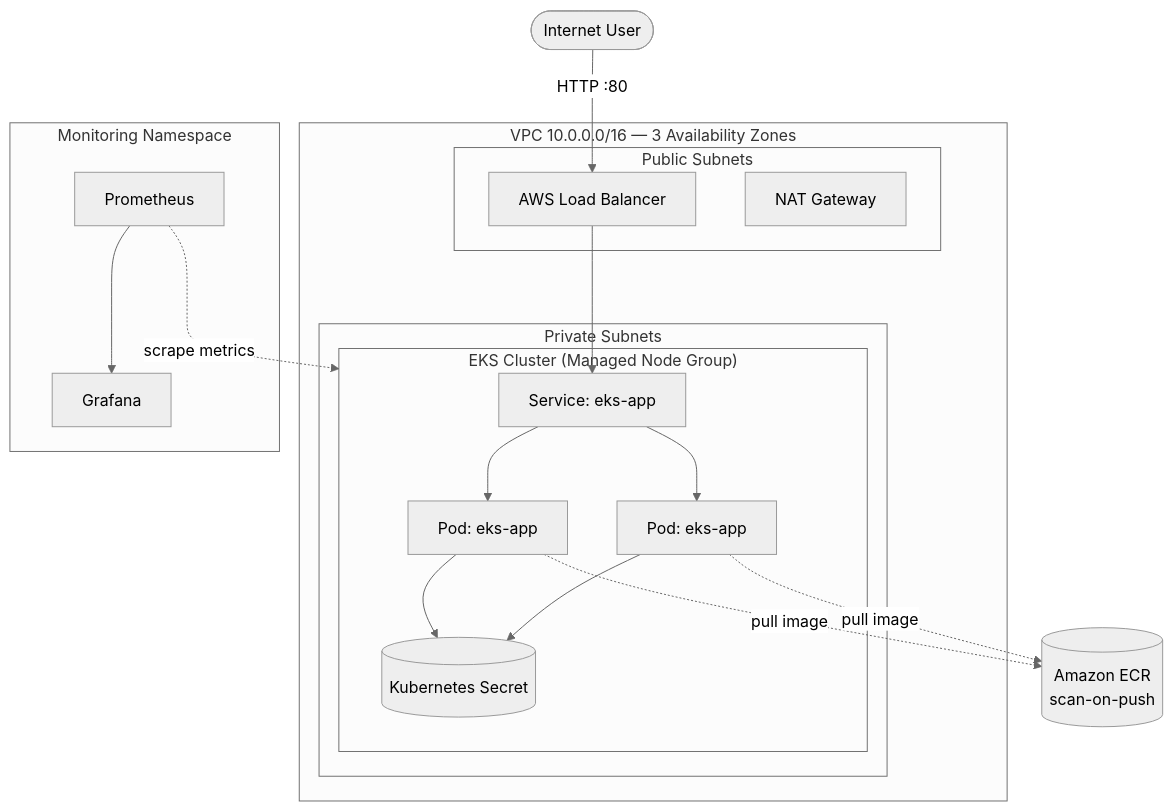
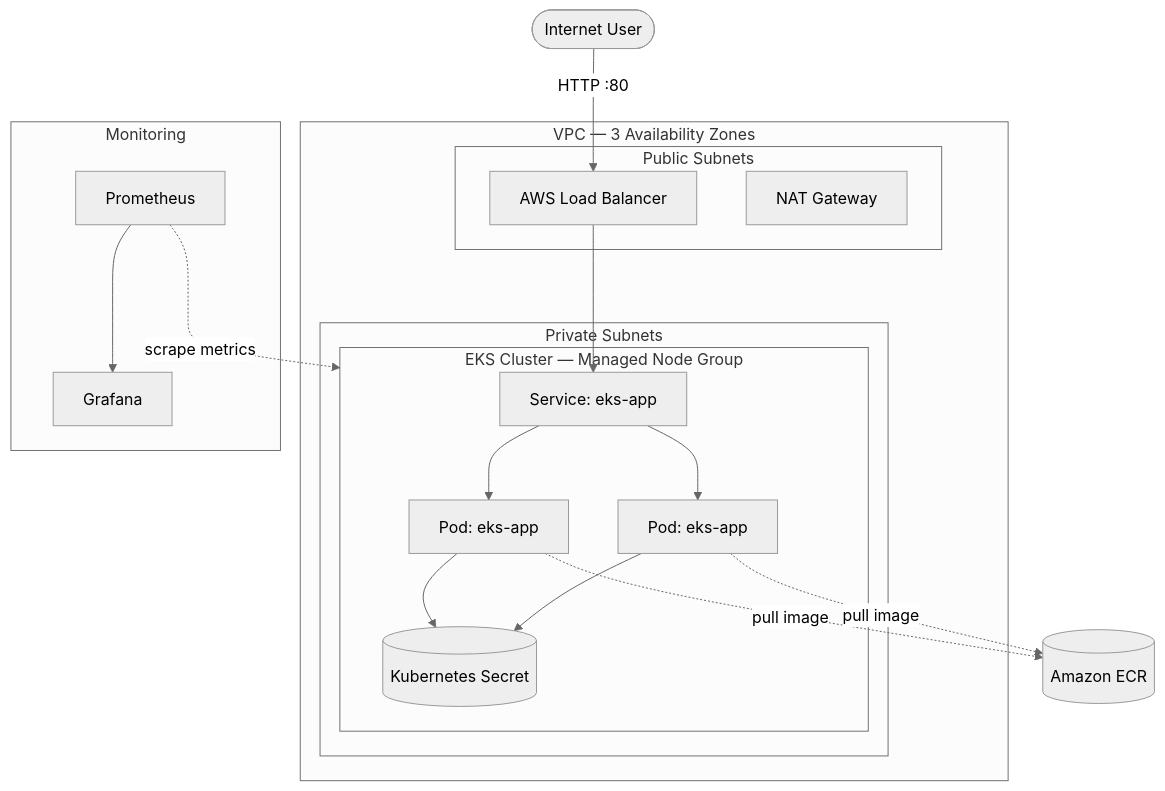
One commit to Tristanjones7/eks-app-platform changed the diagram in README.md. Above: the diagram before and after it, drawn with Mermaid (neutral theme). The commit also changed other lines of this file, not shown here.

Commit message:
docs: polish EKS platform README

````diff
--- a/README.md
+++ b/README.md
@@ -25,34 +25,33 @@
 ```mermaid
 flowchart TB
     User([Internet User]) -->|HTTP :80| ELB[AWS Load Balancer]
 
-    subgraph VPC["VPC 10.0.0.0/16 — 3 Availability Zones"]
+    subgraph VPC["VPC — 3 Availability Zones"]
         subgraph Public["Public Subnets"]
             ELB
             NAT[NAT Gateway]
         end
 
         subgraph Private["Private Subnets"]
-            subgraph EKS["EKS Cluster (Managed Node Group)"]
+            subgraph EKS["EKS Cluster — Managed Node Group"]
                 SVC[Service: eks-app]
                 P1[Pod: eks-app]
                 P2[Pod: eks-app]
                 SVC --> P1
                 SVC --> P2
                 P1 --> SEC[(Kubernetes Secret)]
                 P2 --> SEC
             end
         end
     end
 
     ELB --> SVC
-
-    P1 -.->|pull image| ECR[(Amazon ECR<br/>scan-on-push)]
+    P1 -.->|pull image| ECR[(Amazon ECR)]
     P2 -.->|pull image| ECR
 
-    subgraph Monitoring["Monitoring Namespace"]
+    subgraph Monitoring["Monitoring"]
         PROM[Prometheus] --> GRAF[Grafana]
     end
 
     PROM -.->|scrape metrics| EKS
 ```
````
